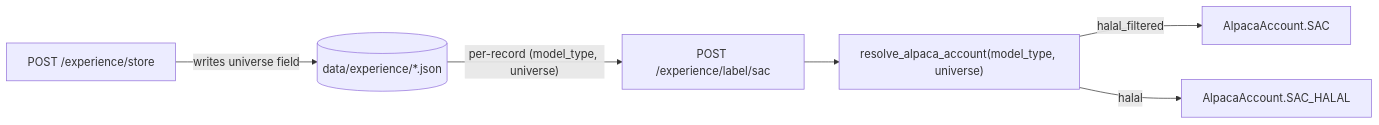
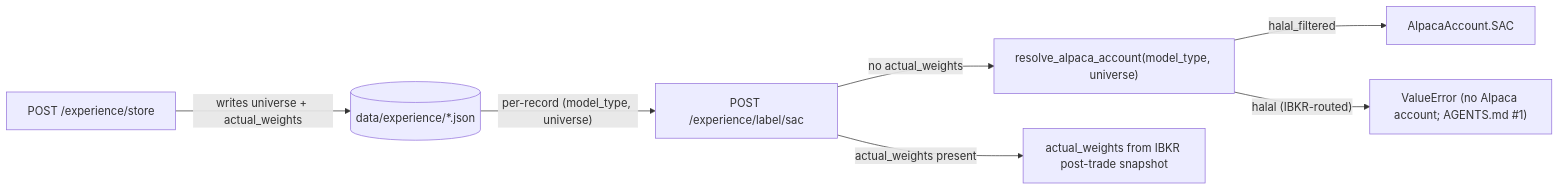
Before and after one commit to hajirazin/LearnFinance-2025: the first of 6 diagrams in brain_api/docs/flow_diagrams/experience.md, drawn with Mermaid. The commit also changed other lines of this file and 24 other files, not shown here.

First line of the commit message:
feat(ibkr): integrate Interactive Brokers support for sac_halal account

````diff
--- a/brain_api/docs/flow_diagrams/experience.md
+++ b/brain_api/docs/flow_diagrams/experience.md
@@ -26,15 +26,17 @@
 ```mermaid
 flowchart LR
     StoreEP["POST /experience/store"]
     Disk[("data/experience/*.json")]
     LabelEP["POST /experience/label/sac"]
     AccountMap["resolve_alpaca_account(model_type, universe)"]
     AlpacaSAC["AlpacaAccount.SAC"]
-    AlpacaSACHalal["AlpacaAccount.SAC_HALAL"]
+    IBKRSnapshot["actual_weights from IBKR post-trade snapshot"]
+    Raise["ValueError (no Alpaca account; AGENTS.md #1)"]
 
-    StoreEP -->|"writes universe field"| Disk
+    StoreEP -->|"writes universe + actual_weights"| Disk
     Disk -->|"per-record (model_type, universe)"| LabelEP
-    LabelEP --> AccountMap
+    LabelEP -->|"actual_weights present"| IBKRSnapshot
+    LabelEP -->|"no actual_weights"| AccountMap
     AccountMap -->|"halal_filtered"| AlpacaSAC
-    AccountMap -->|"halal"| AlpacaSACHalal
+    AccountMap -->|"halal (IBKR-routed)"| Raise
 ```
````
